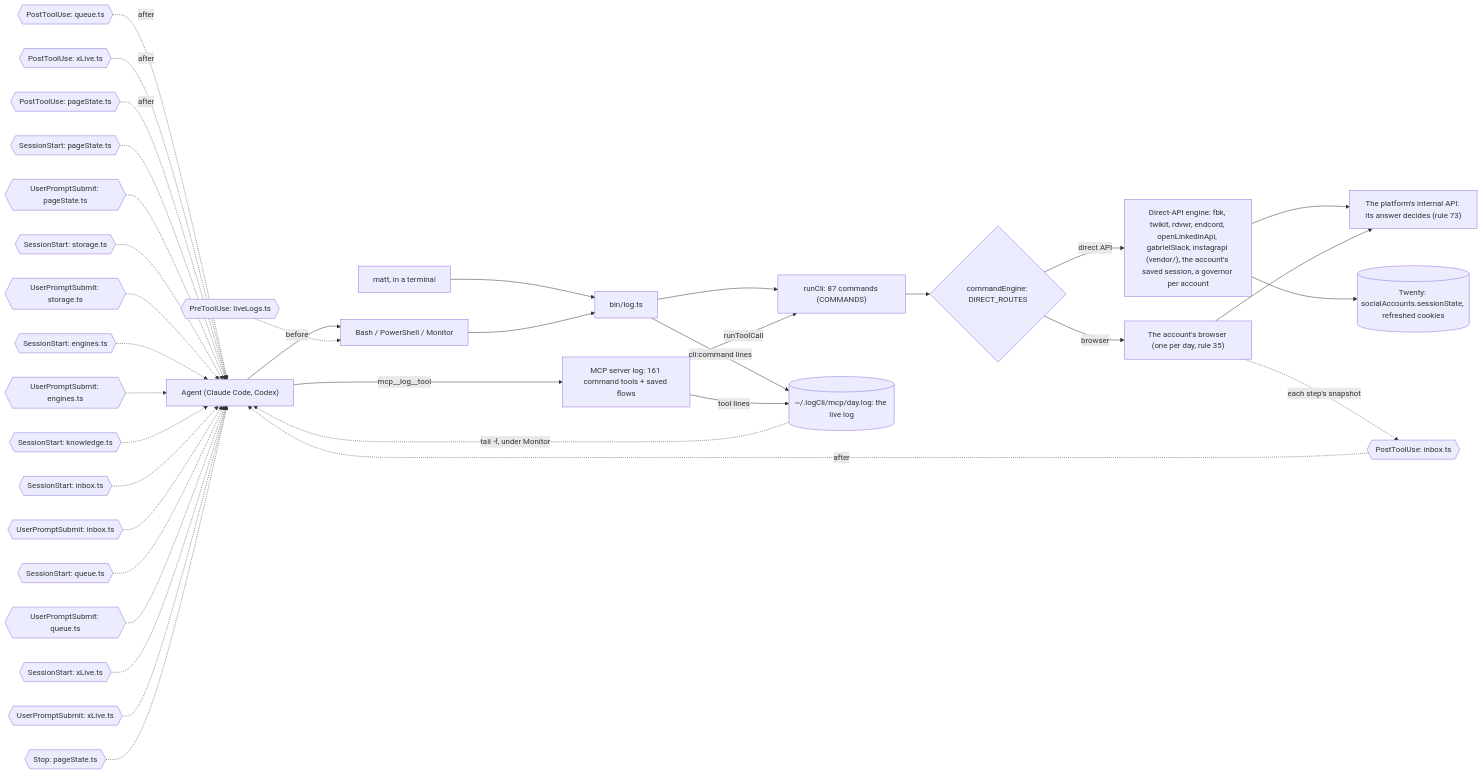
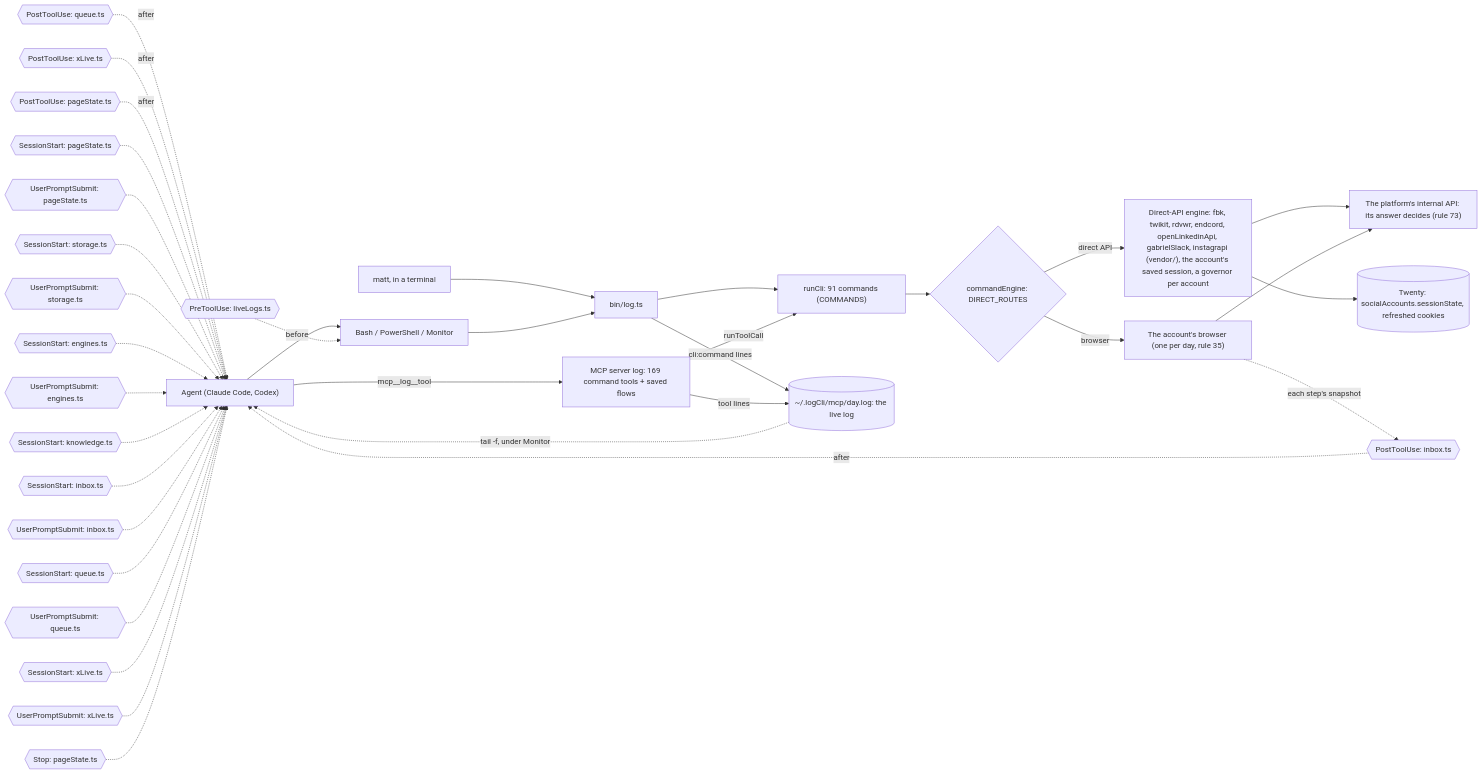
One commit to matthewdonsemail-lab/log changed the diagram in docs/diagrams/surface.mmd. Above: the diagram before and after it, drawn with Mermaid. The commit also changed 51 other files, not shown here.

```diff
--- a/docs/diagrams/surface.mmd
+++ b/docs/diagrams/surface.mmd
@@ -1,50 +1,50 @@
 %% How a call reaches log-cli. From a shell or over MCP, both run the same commands through `runCli`, write the same live log, and pass through the same hooks. `commandEngine` sends each command to the platform's direct API or to the account's browser.
 %% Written by `bun run docs:build` from the code (rule 56). Not edited by hand.
 flowchart LR
   agent["Agent (Claude Code, Codex)"]
   matt["matt, in a terminal"]
   shell["Bash / PowerShell / Monitor"]
-  mcp["MCP server log: 161 command tools + saved flows"]
+  mcp["MCP server log: 169 command tools + saved flows"]
   bin["bin/log.ts"]
-  runCli["runCli: 87 commands (COMMANDS)"]
+  runCli["runCli: 91 commands (COMMANDS)"]
   live[("~/.logCli/mcp/day.log: the live log")]
   engine{"commandEngine: DIRECT_ROUTES"}
   direct["Direct-API engine: fbk, twikit, rdvwr, endcord, openLinkedinApi, gabrielSlack, instagrapi (vendor/), the account's saved session, a governor per account"]
   browser["The account's browser (one per day, rule 35)"]
   api["The platform's internal API: its answer decides (rule 73)"]
   twenty[("Twenty: socialAccounts.sessionState, refreshed cookies")]
   agent --> shell
   matt --> bin
   shell --> bin
   agent -->|mcp__log__tool| mcp
   bin --> runCli
   mcp -->|runToolCall| runCli
   runCli --> engine
   engine -->|direct API| direct
   engine -->|browser| browser
   direct --> api
   browser --> api
   direct --> twenty
   bin -->|cli:command lines| live
   mcp -->|tool lines| live
   live -.->|tail -f, under Monitor| agent
   pre0{{"PreToolUse: liveLogs.ts"}} -.->|before| shell
   post0{{"PostToolUse: inbox.ts"}} -.->|after| agent
   post1{{"PostToolUse: queue.ts"}} -.->|after| agent
   post2{{"PostToolUse: xLive.ts"}} -.->|after| agent
   post3{{"PostToolUse: pageState.ts"}} -.->|after| agent
   turn0{{"SessionStart: pageState.ts"}} -.-> agent
   turn1{{"UserPromptSubmit: pageState.ts"}} -.-> agent
   turn2{{"SessionStart: storage.ts"}} -.-> agent
   turn3{{"UserPromptSubmit: storage.ts"}} -.-> agent
   turn4{{"SessionStart: engines.ts"}} -.-> agent
   turn5{{"UserPromptSubmit: engines.ts"}} -.-> agent
   turn6{{"SessionStart: knowledge.ts"}} -.-> agent
   turn7{{"SessionStart: inbox.ts"}} -.-> agent
   turn8{{"UserPromptSubmit: inbox.ts"}} -.-> agent
   turn9{{"SessionStart: queue.ts"}} -.-> agent
   turn10{{"UserPromptSubmit: queue.ts"}} -.-> agent
   turn11{{"SessionStart: xLive.ts"}} -.-> agent
   turn12{{"UserPromptSubmit: xLive.ts"}} -.-> agent
   turn13{{"Stop: pageState.ts"}} -.-> agent
   browser -.->|each step's snapshot| post0
```
